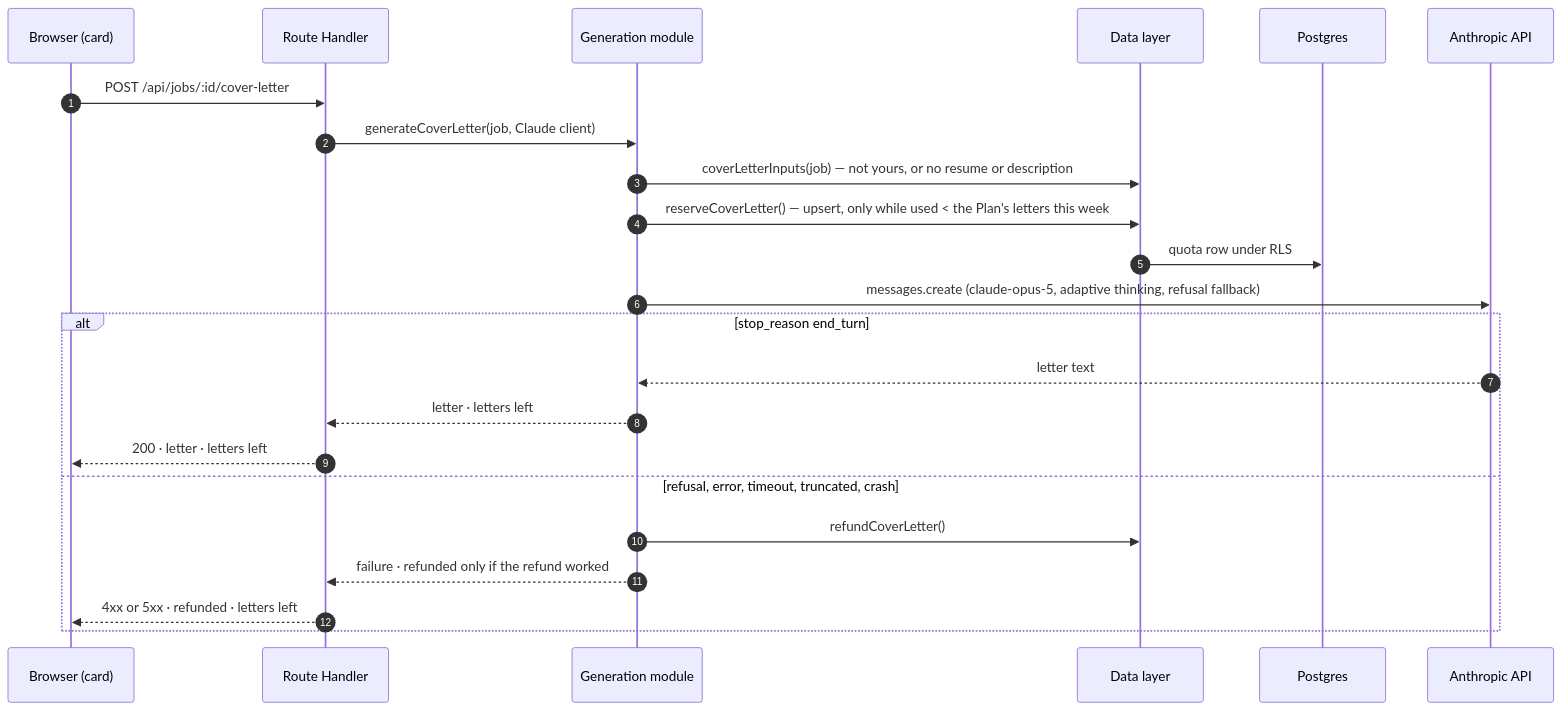
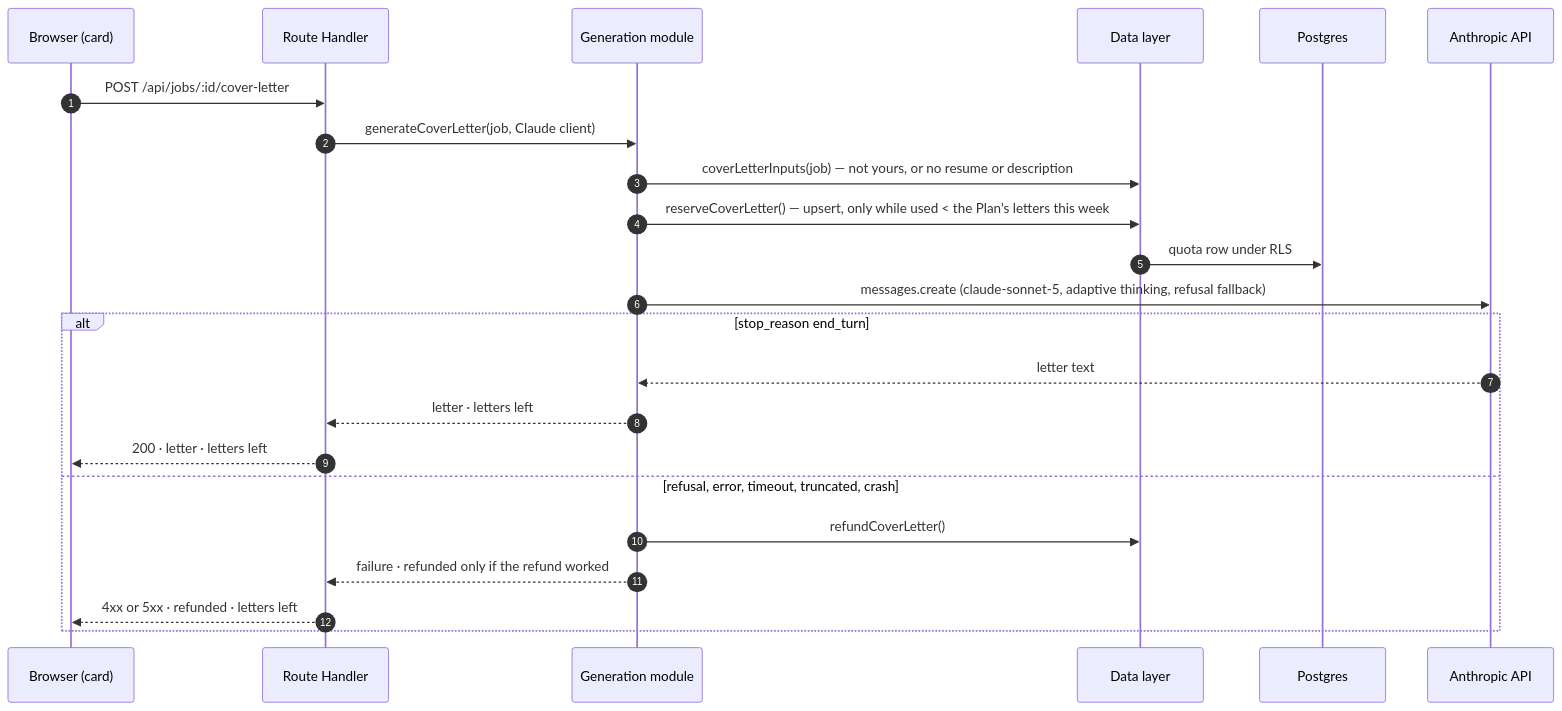
One commit to craigblunden/trailhead changed the fifth of 6 diagrams in docs/architecture.md. Above: the diagram before and after it, drawn with Mermaid. The commit also changed other lines of this file and 6 other files, not shown here.

````diff
--- a/docs/architecture.md
+++ b/docs/architecture.md
@@ -148,26 +148,26 @@
 ```mermaid
 sequenceDiagram
   autonumber
   participant B as Browser (card)
   participant R as Route Handler
   participant G as Generation module
   participant D as Data layer
   participant PG as Postgres
   participant C as Anthropic API
 
   B->>R: POST /api/jobs/:id/cover-letter
   R->>G: generateCoverLetter(job, Claude client)
   G->>D: coverLetterInputs(job) — not yours, or no resume or description
   G->>D: reserveCoverLetter() — upsert, only while used < the Plan's letters this week
   D->>PG: quota row under RLS
-  G->>C: messages.create (claude-opus-5, adaptive thinking, refusal fallback)
+  G->>C: messages.create (claude-sonnet-5, adaptive thinking, refusal fallback)
   alt stop_reason end_turn
     C-->>G: letter text
     G-->>R: letter · letters left
     R-->>B: 200 · letter · letters left
   else refusal, error, timeout, truncated, crash
     G->>D: refundCoverLetter()
     G-->>R: failure · refunded only if the refund worked
     R-->>B: 4xx or 5xx · refunded · letters left
   end
 ```
````
